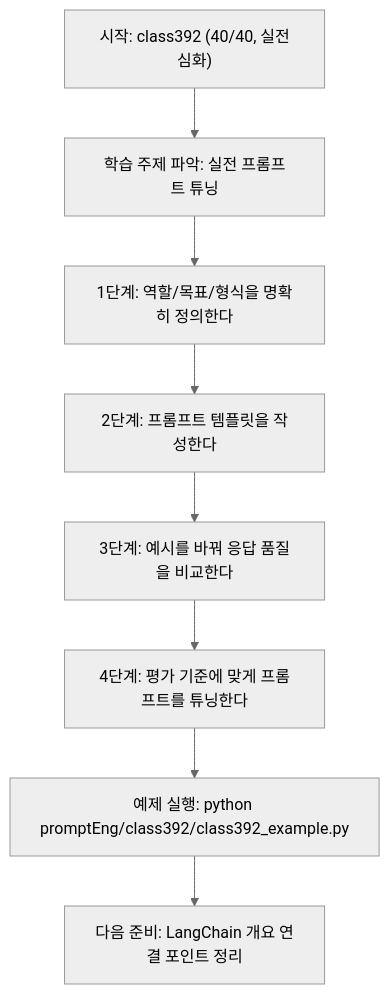
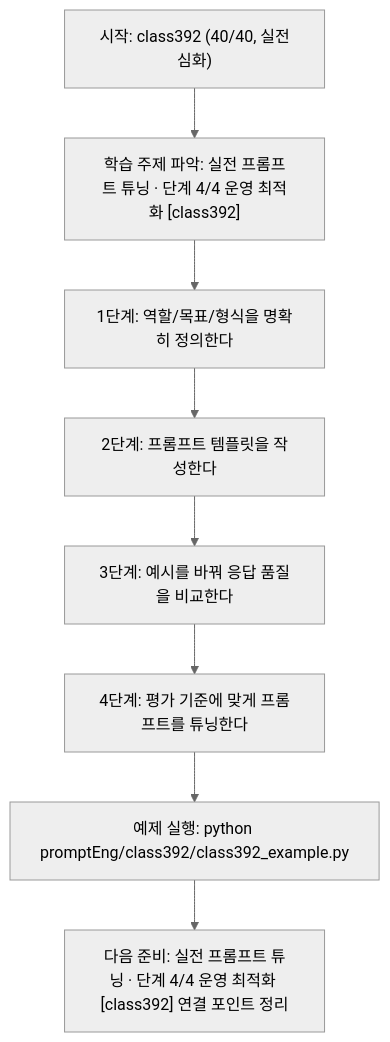
Before and after one commit to edumgt/Python-AI_Agent-Class: the diagram in promptEng/class392/class392.md, drawn with Mermaid (neutral theme). The commit also changed other lines of this file and 522 other files, not shown here.

````diff
--- a/promptEng/class392/class392.md
+++ b/promptEng/class392/class392.md
@@ -109,18 +110,18 @@
 ```mermaid
 flowchart TD
 N1["시작: class392 (40/40, 실전심화)"]
-N2["학습 주제 파악: 실전 프롬프트 튜닝"]
+N2["학습 주제 파악: 실전 프롬프트 튜닝 · 단계 4/4 운영 최적화 [class392]"]
 N3["1단계: 역할/목표/형식을 명확히 정의한다"]
 N4["2단계: 프롬프트 템플릿을 작성한다"]
 N5["3단계: 예시를 바꿔 응답 품질을 비교한다"]
 N6["4단계: 평가 기준에 맞게 프롬프트를 튜닝한다"]
 N7["예제 실행: python promptEng/class392/class392_example.py"]
-N8["다음 준비: LangChain 개요 연결 포인트 정리"]
+N8["다음 준비: 실전 프롬프트 튜닝 · 단계 4/4 운영 최적화 [class392] 연결 포인트 정리"]
 N1 --> N2
 N2 --> N3
 N3 --> N4
 N4 --> N5
 N5 --> N6
 N6 --> N7
 N7 --> N8
 ```
````
